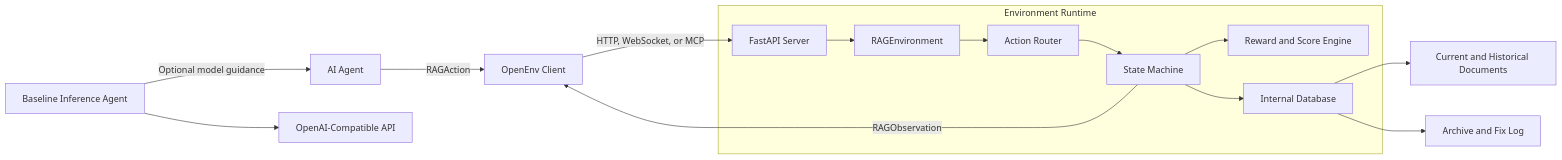
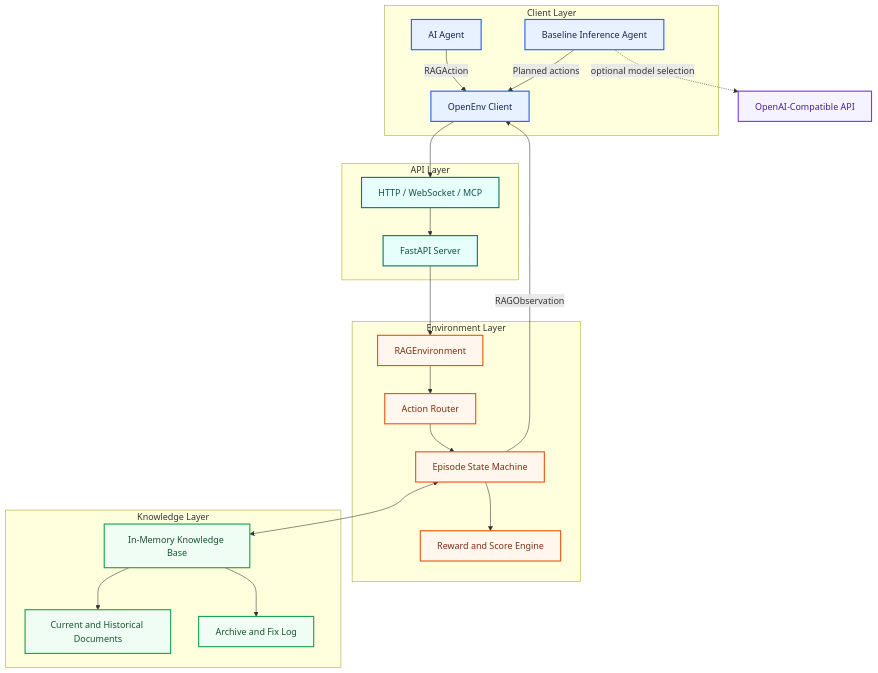
One commit to pradeek1120/self-healing-rag changed the diagram in README.md. Above: the diagram before and after it, drawn with Mermaid. The commit also changed other lines of this file, not shown here.

Commit message:
Enhance README architecture visuals

````diff
--- a/README.md
+++ b/README.md
@@ -71,20 +76,49 @@
 ```mermaid
-flowchart LR
-  A[AI Agent] -->|RAGAction| B[OpenEnv Client]
-  B -->|HTTP, WebSocket, or MCP| C[FastAPI Server]
-
-  subgraph E[Environment Runtime]
-    C --> D[RAGEnvironment]
-    D --> F[Action Router]
-    F --> G[State Machine]
-    G --> H[Reward and Score Engine]
-    G --> I[Internal Database]
+flowchart TB
+  subgraph CLIENT[Client Layer]
+    A[AI Agent]
+    B[OpenEnv Client]
+    L[Baseline Inference Agent]
   end
 
-  I --> J[Current and Historical Documents]
-  I --> K[Archive and Fix Log]
+  subgraph API[API Layer]
+    C[FastAPI Server]
+    X[HTTP / WebSocket / MCP]
+  end
+
+  subgraph CORE[Environment Layer]
+    D[RAGEnvironment]
+    F[Action Router]
+    G[Episode State Machine]
+    H[Reward and Score Engine]
+  end
+
+  subgraph DATA[Knowledge Layer]
+    I[In-Memory Knowledge Base]
+    J[Current and Historical Documents]
+    K[Archive and Fix Log]
+  end
+
+  A -->|RAGAction| B
+  L -->|Planned actions| B
+  B --> X --> C --> D
+  D --> F --> G
+  G --> H
+  G <--> I
+  I --> J
+  I --> K
   G -->|RAGObservation| B
+  L -. optional model selection .-> M[OpenAI-Compatible API]
 
-  L[Baseline Inference Agent] -->|Optional model guidance| A
-  L --> M[OpenAI-Compatible API]
+  classDef client fill:#E8F1FF,stroke:#2563EB,color:#172554,stroke-width:2px
+  classDef api fill:#E6FFFA,stroke:#0F766E,color:#134E4A,stroke-width:2px
+  classDef core fill:#FFF7ED,stroke:#EA580C,color:#7C2D12,stroke-width:2px
+  classDef data fill:#F0FDF4,stroke:#16A34A,color:#14532D,stroke-width:2px
+  classDef external fill:#F5F3FF,stroke:#7C3AED,color:#4C1D95,stroke-width:2px
+
+  class A,B,L client
+  class C,X api
+  class D,F,G,H core
+  class I,J,K data
+  class M external
 ```
````
